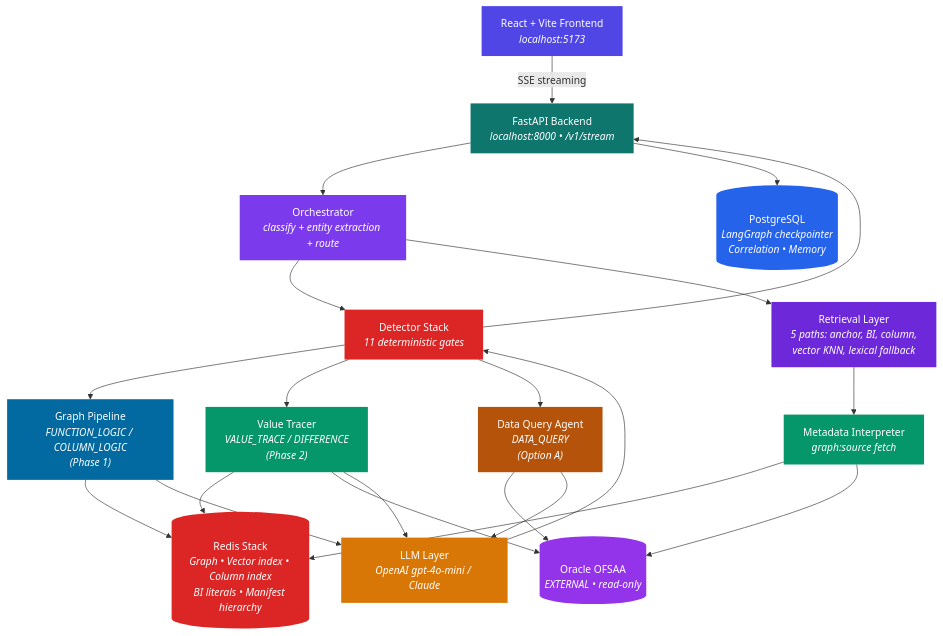
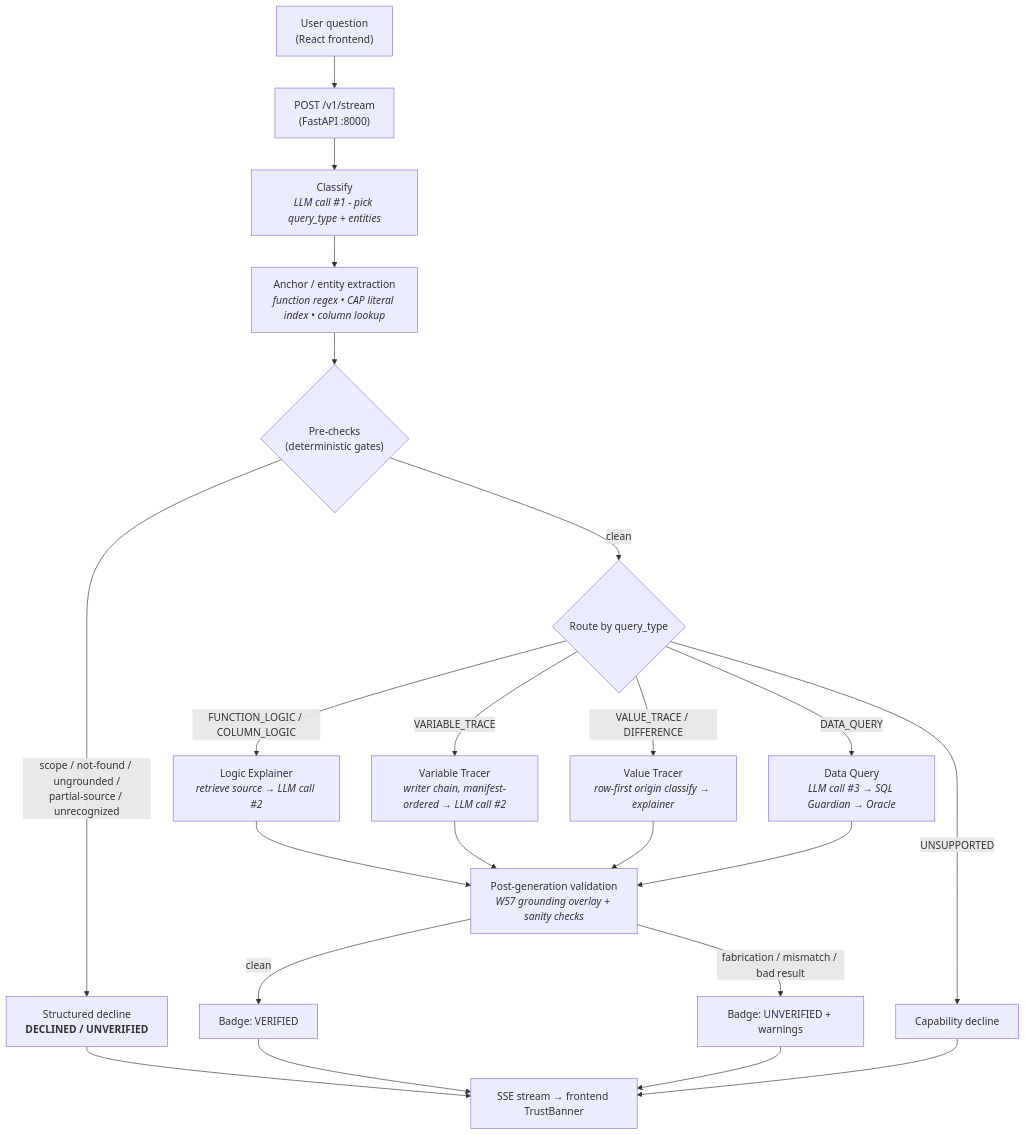
One commit to OsamaAdeel/R-TIE changed the diagram in README.md. Above: the diagram before and after it, drawn with Mermaid. The commit also changed other lines of this file, not shown here.

````diff
--- a/README.md
+++ b/README.md
@@ -313,51 +64,27 @@
 ```mermaid
-graph TB
-    UI["React + Vite Frontend<br/><i>localhost:5173</i>"]
-    API["FastAPI Backend<br/><i>localhost:8000 • /v1/stream</i>"]
-    ORC["Orchestrator<br/><i>classify + entity extraction + route</i>"]
-    DET["Detector Stack<br/><i>11 deterministic gates</i>"]
-    GP["Graph Pipeline<br/><i>FUNCTION_LOGIC / COLUMN_LOGIC<br/>(Phase 1)</i>"]
-    VT["Value Tracer<br/><i>VALUE_TRACE / DIFFERENCE<br/>(Phase 2)</i>"]
-    DQ["Data Query Agent<br/><i>DATA_QUERY<br/>(Option A)</i>"]
-    LLM["LLM Layer<br/><i>OpenAI gpt-4o-mini / Claude</i>"]
-    SS["Retrieval Layer<br/><i>5 paths: anchor, BI, column,<br/>vector KNN, lexical fallback</i>"]
-    MI["Metadata Interpreter<br/><i>graph:source fetch</i>"]
-    REDIS[("Redis Stack<br/><i>Graph • Vector index • Column index<br/>BI literals • Manifest hierarchy</i>")]
-    PG[("PostgreSQL<br/><i>LangGraph checkpointer<br/>Correlation • Memory</i>")]
-    ORACLE[("Oracle OFSAA<br/><i>EXTERNAL • read-only</i>")]
+flowchart TD
+    Q["User question<br/>(React frontend)"] --> API["POST /v1/stream<br/>(FastAPI :8000)"]
+    API --> CL["Classify<br/><i>LLM call #1 - pick query_type + entities</i>"]
+    CL --> EX["Anchor / entity extraction<br/><i>function regex • CAP literal index • column lookup</i>"]
+    EX --> PRE{"Pre-checks<br/>(deterministic gates)"}
+    PRE -->|"scope / not-found / ungrounded /<br/>partial-source / unrecognized"| DEC["Structured decline<br/><b>DECLINED / UNVERIFIED</b>"]
+    PRE -->|"clean"| RT{"Route by query_type"}
 
-    UI -- "SSE streaming" --> API
-    API --> ORC
-    ORC --> DET
-    DET --> GP
-    DET --> VT
-    DET --> DQ
-    ORC --> SS
-    SS --> MI
-    GP --> REDIS
-    VT --> REDIS
-    VT --> ORACLE
-    DQ --> ORACLE
-    DQ --> LLM
-    GP --> LLM
-    VT --> LLM
-    LLM --> DET
-    DET --> API
-    MI --> REDIS
-    MI --> ORACLE
-    API --> PG
+    RT -->|"FUNCTION_LOGIC / COLUMN_LOGIC"| H1["Logic Explainer<br/><i>retrieve source → LLM call #2</i>"]
+    RT -->|"VARIABLE_TRACE"| H2["Variable Tracer<br/><i>writer chain, manifest-ordered → LLM call #2</i>"]
+    RT -->|"VALUE_TRACE / DIFFERENCE"| H3["Value Tracer<br/><i>row-first origin classify → explainer</i>"]
+    RT -->|"DATA_QUERY"| H4["Data Query<br/><i>LLM call #3 → SQL Guardian → Oracle</i>"]
+    RT -->|"UNSUPPORTED"| H5["Capability decline"]
 
-    style UI fill:#4f46e5,color:#fff,stroke:none
-    style API fill:#0f766e,color:#fff,stroke:none
-    style ORC fill:#7c3aed,color:#fff,stroke:none
-    style DET fill:#dc2626,color:#fff,stroke:none
-    style GP fill:#0369a1,color:#fff,stroke:none
-    style VT fill:#059669,color:#fff,stroke:none
-    style DQ fill:#b45309,color:#fff,stroke:none
-    style LLM fill:#d97706,color:#fff,stroke:none
-    style SS fill:#6d28d9,color:#fff,stroke:none
-    style MI fill:#059669,color:#fff,stroke:none
-    style REDIS fill:#dc2626,color:#fff,stroke:none
-    style PG fill:#2563eb,color:#fff,stroke:none
-    style ORACLE fill:#9333ea,color:#fff,stroke:none
+    H1 --> VAL["Post-generation validation<br/><i>W57 grounding overlay + sanity checks</i>"]
+    H2 --> VAL
+    H3 --> VAL
+    H4 --> VAL
+    VAL -->|"clean"| V["Badge: VERIFIED"]
+    VAL -->|"fabrication / mismatch / bad result"| U["Badge: UNVERIFIED + warnings"]
+
+    V --> S["SSE stream → frontend TrustBanner"]
+    U --> S
+    DEC --> S
+    H5 --> S
 ```
````
